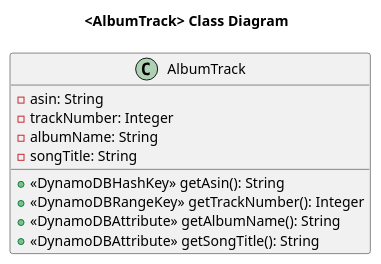
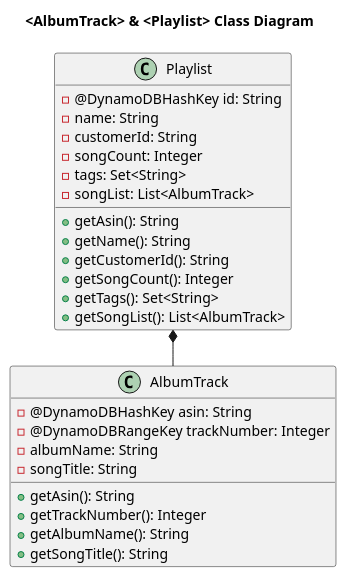
One commit to cybersister/bd-working-with-databases-music-playlist-service changed the sixth of 6 diagrams in src/resources/mastery-task1-music-playlist-CD.puml. Above: the diagram before and after it, drawn with PlantUML. The commit also changed other lines of this file and 1 other file, not shown here.

Commit message:
finished everything for milestone1 ... all tests are passing for the class diagram test class ... going to submit to codegrade to see how much i've got done and how much i have left :)

```diff
--- a/src/resources/mastery-task1-music-playlist-CD.puml
+++ b/src/resources/mastery-task1-music-playlist-CD.puml
@@ -206,18 +206,36 @@
 @startuml
 !pragma layout smetana
 
-title <AlbumTrack> Class Diagram
+title <AlbumTrack> & <Playlist> Class Diagram
 
 class AlbumTrack {
-    - asin: String
-    - trackNumber: Integer
+    - @DynamoDBHashKey asin: String
+    - @DynamoDBRangeKey trackNumber: Integer
     - albumName: String
     - songTitle: String
 
-    + <<DynamoDBHashKey>> getAsin(): String
-    + <<DynamoDBRangeKey>> getTrackNumber(): Integer
-    + <<DynamoDBAttribute>> getAlbumName(): String
-    + <<DynamoDBAttribute>> getSongTitle(): String
+    + getAsin(): String
+    + getTrackNumber(): Integer
+    + getAlbumName(): String
+    + getSongTitle(): String
 }
 
+class Playlist {
+    - @DynamoDBHashKey id: String
+    - name: String
+    - customerId: String
+    - songCount: Integer
+    - tags: Set<String>
+    - songList: List<AlbumTrack>
+
+    + getAsin(): String
+    + getName(): String
+    + getCustomerId(): String
+    + getSongCount(): Integer
+    + getTags(): Set<String>
+    + getSongList(): List<AlbumTrack>
+}
+
+Playlist *-- AlbumTrack
+
 @enduml
```
